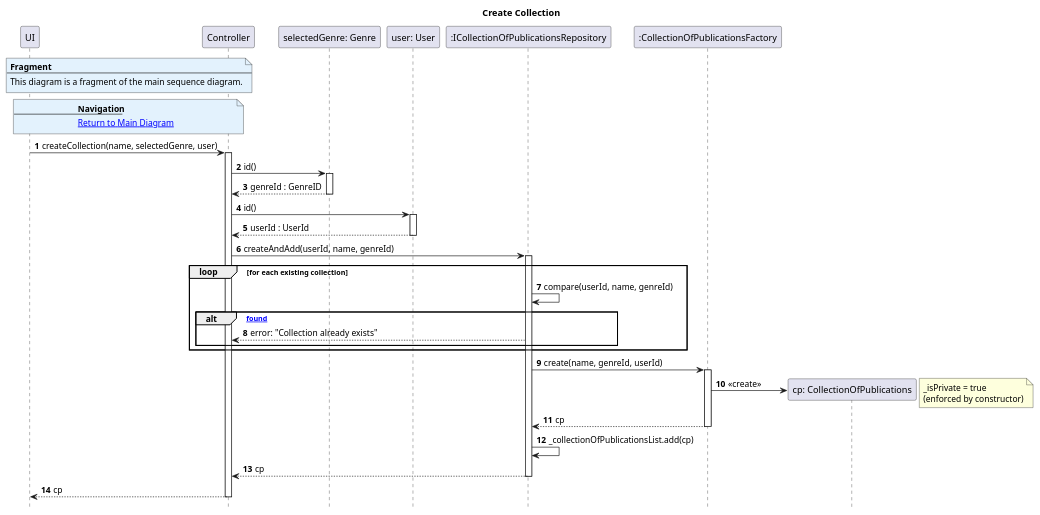
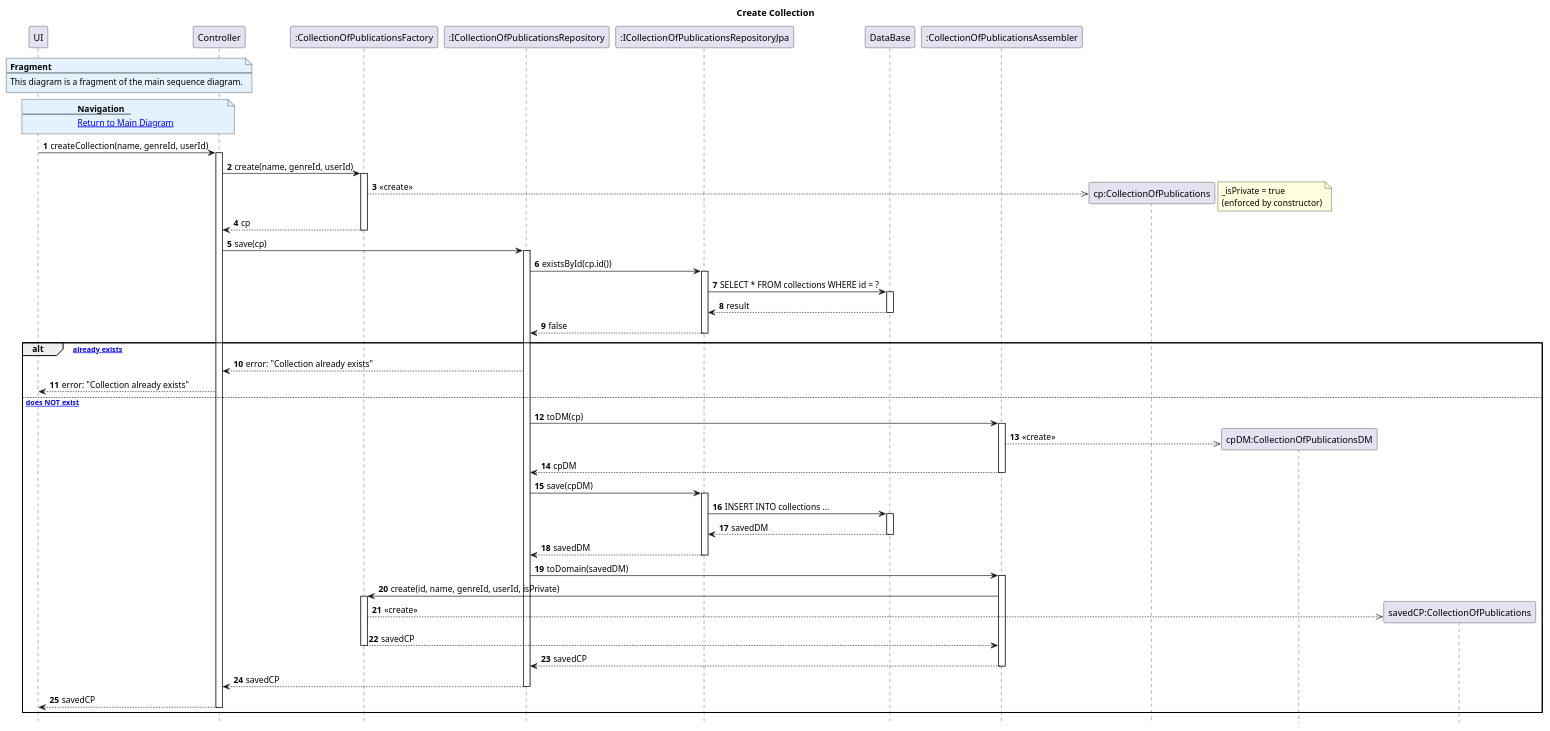
The diagram in Diagrams/SequenceDiagrams/N2/To-create-private-publication-list/3.CreateCollection.puml (AndrePereiraGitH/SWitCH-Project-Team_A), drawn with PlantUML before and after one commit. The commit also changed 4 other files, not shown here.

Commit message:
docs: update ToCreatePrivateCollectionOfPublications diagrams to include persistence layer #760

```diff
--- a/Diagrams/SequenceDiagrams/N2/To-create-private-publication-list/3.CreateCollection.puml
+++ b/Diagrams/SequenceDiagrams/N2/To-create-private-publication-list/3.CreateCollection.puml
@@ -1,64 +1,100 @@
 @startuml
 hide footbox
 autonumber
 title Create Collection
 
 note over UI, Controller #E3F2FD
 <b>Fragment</b>
 ---
 This diagram is a fragment of the main sequence diagram.
 end note
 
 note over UI, Controller #E3F2FD
 <b>Navigation</b>
 ---
 [[1.MainDiagram.puml Return to Main Diagram]]
 end note
 
 participant ":UI" as UI
 participant ":ToCreateCollectionOfPublicationsController" as Controller
-participant "selectedGenre: Genre" as SelectedGenre
-participant "user: User" as UserObj
-participant ":ICollectionOfPublicationsRepository" as CollectionRepo
 participant ":CollectionOfPublicationsFactory" as Factory
+participant ":ICollectionOfPublicationsRepository" as Repo
+participant ":ICollectionOfPublicationsRepositoryJpa" as JpaRepo
+participant "DataBase" as DB
+participant ":CollectionOfPublicationsAssembler" as Assembler
 
-UI -> Controller : createCollection(name, selectedGenre, user)
+UI -> Controller : createCollection(name, genreId, userId)
 activate Controller
 
-Controller -> SelectedGenre : id()
-activate SelectedGenre
-SelectedGenre --> Controller : genreId : GenreID
-deactivate SelectedGenre
+Controller -> Factory : create(name, genreId, userId)
+activate Factory
 
-Controller -> UserObj : id()
-activate UserObj
-UserObj --> Controller : userId : UserId
-deactivate UserObj
+create "cp:CollectionOfPublications" as CP
+Factory -->> CP : <<create>>
+note right : _isPrivate = true\n(enforced by constructor)
 
-Controller -> CollectionRepo : createAndAdd(userId, name, genreId)
-activate CollectionRepo
+Factory --> Controller : cp
+deactivate Factory
 
-loop for each existing collection
-    CollectionRepo -> CollectionRepo : compare(userId, name, genreId)
-    alt [duplicate found]
-        CollectionRepo --> Controller : error: "Collection already exists"
-    end
+Controller -> Repo : save(cp)
+activate Repo
+
+Repo -> JpaRepo : existsById(cp.id())
+activate JpaRepo
+JpaRepo -> DB : SELECT * FROM collections WHERE id = ?
+activate DB
+DB --> JpaRepo : result
+deactivate DB
+JpaRepo --> Repo : false
+deactivate JpaRepo
+
+alt [collection already exists]
+    Repo --> Controller : error: "Collection already exists"
+    Controller --> UI : error: "Collection already exists"
+
+else [collection does NOT exist]
+
+    Repo -> Assembler : toDM(cp)
+    activate Assembler
+
+    create "cpDM:CollectionOfPublicationsDM" as CPDM
+    Assembler -->> CPDM : <<create>>
+
+    Assembler --> Repo : cpDM
+    deactivate Assembler
+
+    Repo -> JpaRepo : save(cpDM)
+    activate JpaRepo
+
+    JpaRepo -> DB : INSERT INTO collections ...
+    activate DB
+    DB --> JpaRepo : savedDM
+    deactivate DB
+
+    JpaRepo --> Repo : savedDM
+    deactivate JpaRepo
+
+    Repo -> Assembler : toDomain(savedDM)
+    activate Assembler
+
+    Assembler -> Factory : create(id, name, genreId, userId, isPrivate)
+    activate Factory
+
+    create "savedCP:CollectionOfPublications" as SavedCP
+    Factory -->> SavedCP : <<create>>
+
+    Factory --> Assembler : savedCP
+    deactivate Factory
+
+    Assembler --> Repo : savedCP
+    deactivate Assembler
+
+    Repo --> Controller : savedCP
+    deactivate Repo
+
+    Controller --> UI : savedCP
+    deactivate Controller
+
 end
 
-CollectionRepo -> Factory : create(name, genreId, userId)
-activate Factory
-
-create "cp: CollectionOfPublications"
-Factory -> "cp: CollectionOfPublications" : <<create>>
-note right : _isPrivate = true\n(enforced by constructor)
-Factory --> CollectionRepo : cp
-deactivate Factory
-
-CollectionRepo -> CollectionRepo : _collectionOfPublicationsList.add(cp)
-CollectionRepo --> Controller : cp
-deactivate CollectionRepo
-
-Controller --> UI : cp
-deactivate Controller
-
 @enduml
```
